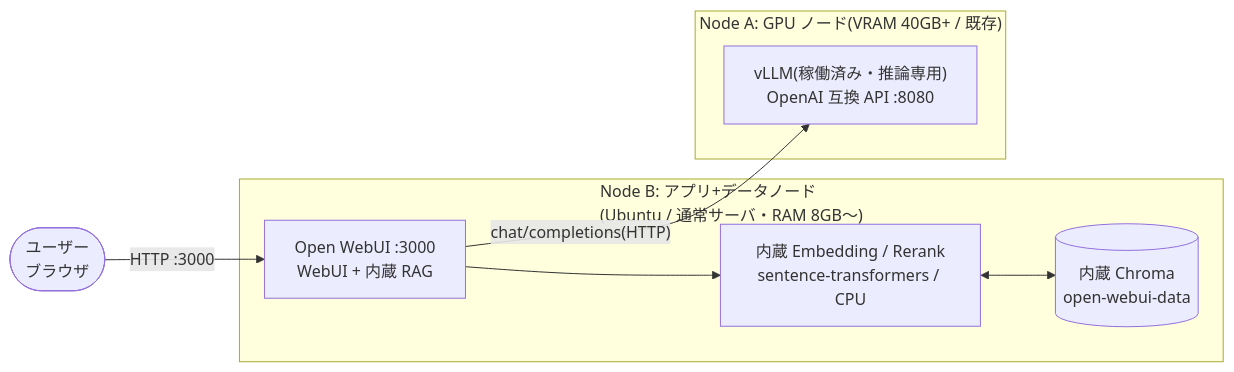
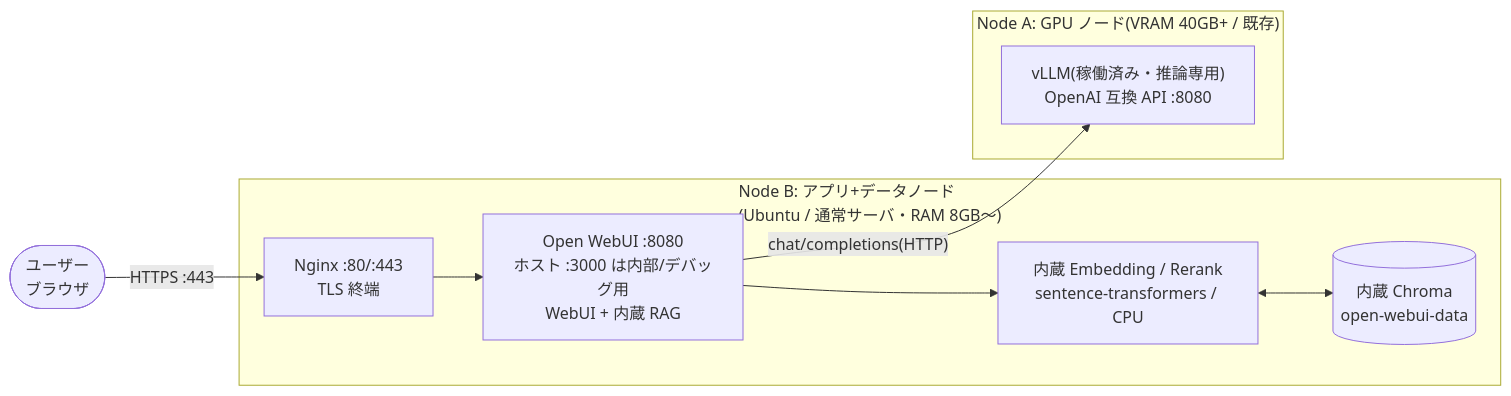
Before and after one commit to irimura/rag-system: the diagram in docs/plan1b-openwebui.md, drawn with Mermaid. The commit also changed other lines of this file and 13 other files, not shown here.

First line of the commit message:
Unify plan 1b and 2 behind NGINX TLS termination

````diff
--- a/docs/plan1b-openwebui.md
+++ b/docs/plan1b-openwebui.md
@@ -10,19 +10,21 @@
 ```mermaid
 flowchart LR
     U(["ユーザー<br/>ブラウザ"])
 
     subgraph nodeB["Node B: アプリ+データノード<br/>(Ubuntu / 通常サーバ・RAM 8GB〜)"]
-        OWUI["Open WebUI :3000<br/>WebUI + 内蔵 RAG"]
+        NGINX["Nginx :80/:443<br/>TLS 終端"]
+        OWUI["Open WebUI :8080<br/>ホスト :3000 は内部/デバッグ用<br/>WebUI + 内蔵 RAG"]
         EMB["内蔵 Embedding / Rerank<br/>sentence-transformers / CPU"]
         CH[("内蔵 Chroma<br/>open-webui-data")]
+        NGINX --> OWUI
         OWUI --> EMB
         EMB <--> CH
     end
 
     subgraph nodeA["Node A: GPU ノード(VRAM 40GB+ / 既存)"]
         VLLM["vLLM(稼働済み・推論専用)<br/>OpenAI 互換 API :8080"]
     end
 
-    U -->|"HTTP :3000"| OWUI
+    U -->|"HTTPS :443"| NGINX
     OWUI -->|"chat/completions(HTTP)"| VLLM
 ```
````
